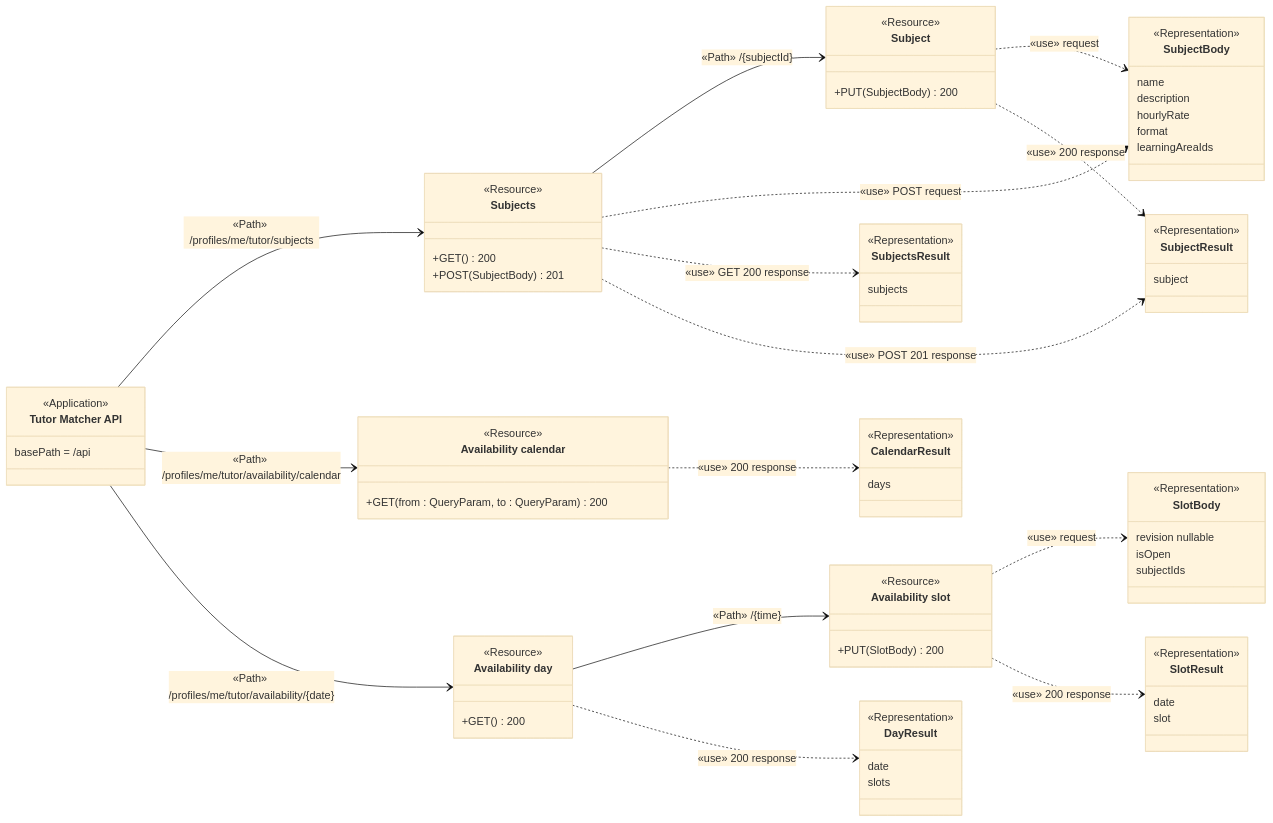
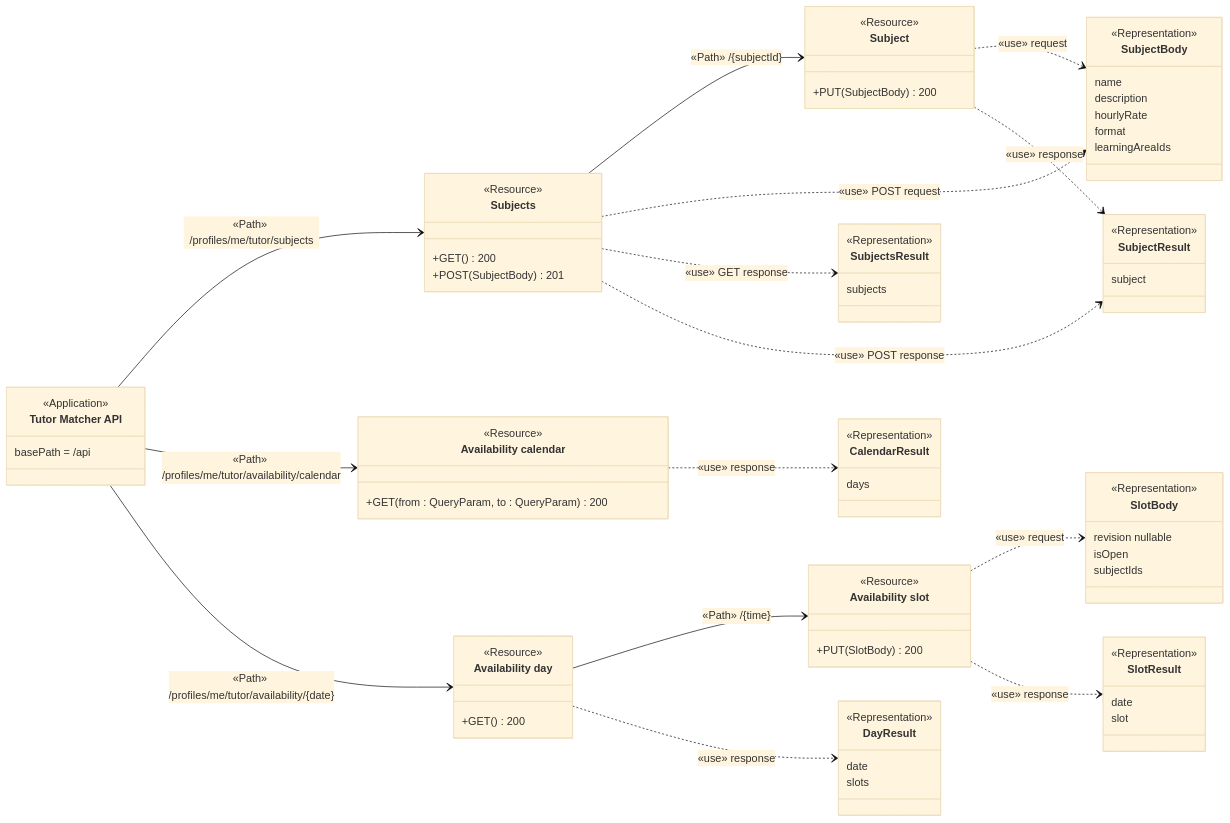
Before and after one commit to Azther0z/tutor-matcher: the sixth of 15 diagrams in docs/api-diagram.md, drawn with Mermaid (base theme). The commit also changed other lines of this file, not shown here.

````diff
--- a/docs/api-diagram.md
+++ b/docs/api-diagram.md
@@ -423,79 +423,79 @@
 ```mermaid
 classDiagram
   direction LR
   class API["Tutor Matcher API"] {
     <<Application>>
     basePath = /api
   }
   class Subjects["Subjects"] {
     <<Resource>>
     +GET() 200
     +POST(SubjectBody) 201
   }
   class Subject["Subject"] {
     <<Resource>>
     +PUT(SubjectBody) 200
   }
   class Calendar["Availability calendar"] {
     <<Resource>>
     +GET(from : QueryParam, to : QueryParam) 200
   }
   class Day["Availability day"] {
     <<Resource>>
     +GET() 200
   }
   class Slot["Availability slot"] {
     <<Resource>>
     +PUT(SlotBody) 200
   }
   class SubjectBody {
     <<Representation>>
     name
     description
     hourlyRate
     format
     learningAreaIds
   }
   class SubjectsResult {
     <<Representation>>
     subjects
   }
   class SubjectResult {
     <<Representation>>
     subject
   }
   class SlotBody {
     <<Representation>>
     revision nullable
     isOpen
     subjectIds
   }
   class CalendarResult {
     <<Representation>>
     days
   }
   class DayResult {
     <<Representation>>
     date
     slots
   }
   class SlotResult {
     <<Representation>>
     date
     slot
   }
   API --> Subjects : «Path» /profiles/me/tutor/subjects
   Subjects --> Subject : «Path» /{subjectId}
   API --> Calendar : «Path» /profiles/me/tutor/availability/calendar
   API --> Day : «Path» /profiles/me/tutor/availability/{date}
   Day --> Slot : «Path» /{time}
   Subjects ..> SubjectBody : «use» POST request
-  Subjects ..> SubjectsResult : «use» GET 200 response
-  Subjects ..> SubjectResult : «use» POST 201 response
+  Subjects ..> SubjectsResult : «use» GET response
+  Subjects ..> SubjectResult : «use» POST response
   Subject ..> SubjectBody : «use» request
-  Subject ..> SubjectResult : «use» 200 response
-  Calendar ..> CalendarResult : «use» 200 response
-  Day ..> DayResult : «use» 200 response
+  Subject ..> SubjectResult : «use» response
+  Calendar ..> CalendarResult : «use» response
+  Day ..> DayResult : «use» response
   Slot ..> SlotBody : «use» request
-  Slot ..> SlotResult : «use» 200 response
+  Slot ..> SlotResult : «use» response
 ```
````
